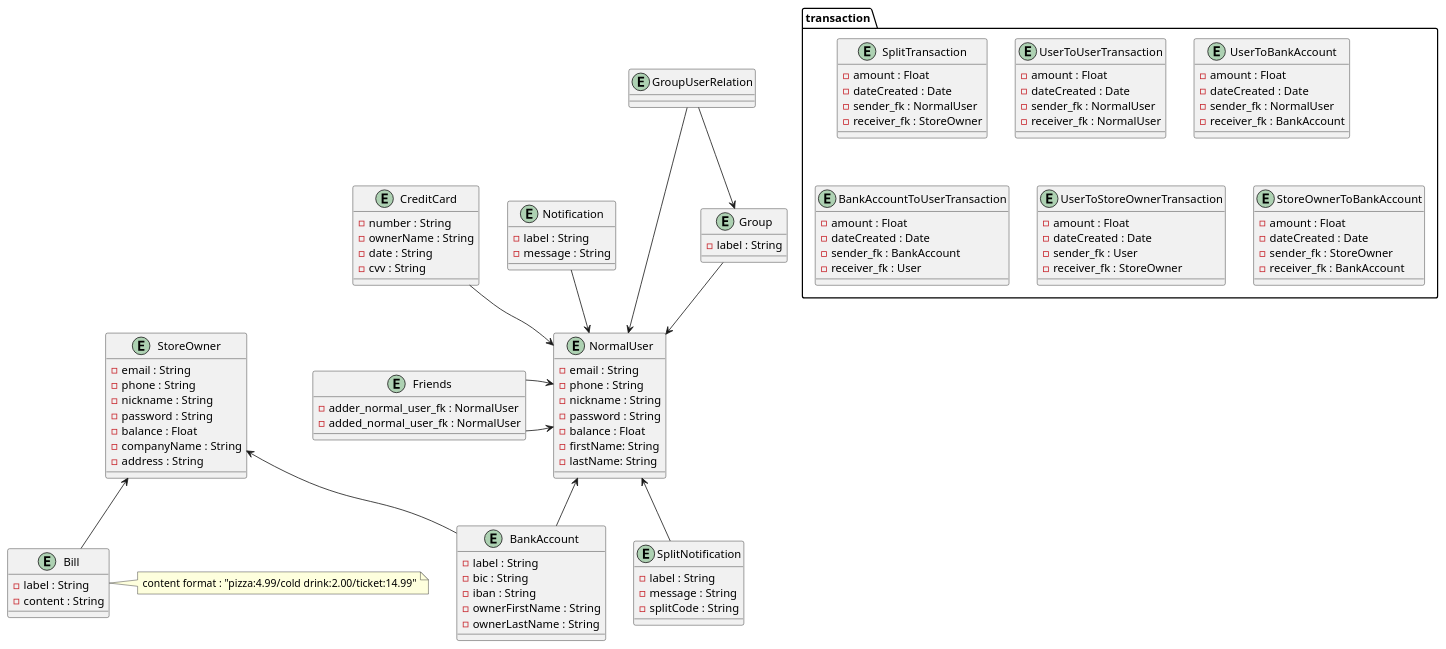
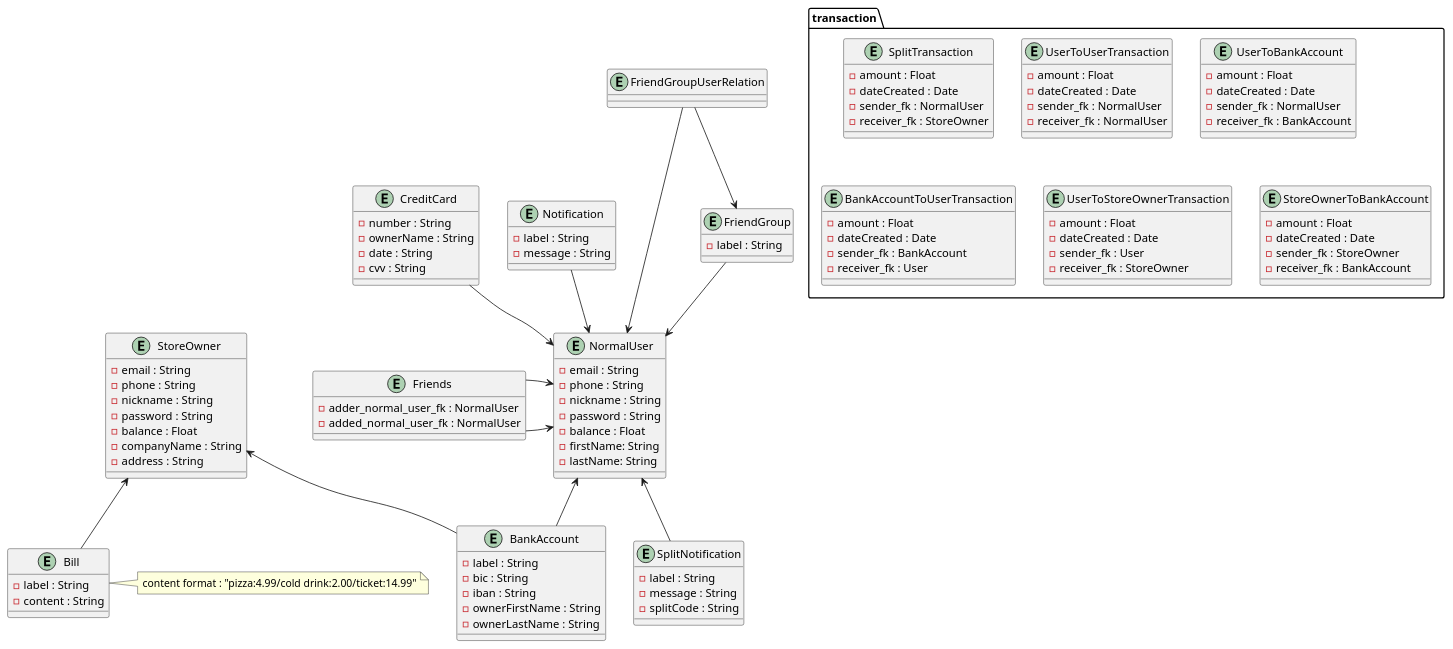
One commit to Julien-Wiegandt/SplitPay changed the diagram in documentation/database/mysql/mysql_db_class_diagram.puml. Above: the diagram before and after it, drawn with PlantUML. The commit also changed 1 other file, not shown here.

Commit message:
Changed Group table name because is a reserved keyword in MySQL

```diff
--- a/documentation/database/mysql/mysql_db_class_diagram.puml
+++ b/documentation/database/mysql/mysql_db_class_diagram.puml
@@ -1,135 +1,135 @@
 @startuml domain_analysis
 
 entity BankAccount {
   - label : String
   - bic : String
   - iban : String
   - ownerFirstName : String
   - ownerLastName : String
 }
 
 entity Bill {
   - label : String
   - content : String
 }
 
 note right of Bill
 content format : "pizza:4.99/cold drink:2.00/ticket:14.99"
 endnote
 
 
 entity Notification {
   - label : String
   - message : String
 }
 
 entity SplitNotification {
     - label : String
     - message : String
     - splitCode : String
 }
 
-entity Group {
+entity FriendGroup {
   - label : String
 }
 
 entity CreditCard {
   - number : String
   - ownerName : String
   - date : String
   - cvv : String
 }
 
 entity NormalUser {
     - email : String
     - phone : String
     - nickname : String
     - password : String
     - balance : Float
     - firstName: String
     - lastName: String
 }
 
 entity StoreOwner {
     - email : String
     - phone : String
     - nickname : String
     - password : String
     - balance : Float
     - companyName : String
     - address : String
 }
 
 package transaction <<Folder>> {
 
     entity SplitTransaction{
         - amount : Float
         - dateCreated : Date
         - sender_fk : NormalUser
         - receiver_fk : StoreOwner
     }
 
     entity UserToUserTransaction {
         - amount : Float
         - dateCreated : Date
         - sender_fk : NormalUser
         - receiver_fk : NormalUser
         }
 
 
     entity UserToBankAccount {
         - amount : Float
         - dateCreated : Date
         - sender_fk : NormalUser
         - receiver_fk : BankAccount
     }
 
     entity BankAccountToUserTransaction{
         - amount : Float
         - dateCreated : Date
         - sender_fk : BankAccount
         - receiver_fk : User
     }
 
     entity UserToStoreOwnerTransaction {
         - amount : Float
         - dateCreated : Date
         - sender_fk : User
         - receiver_fk : StoreOwner
     }
 
     entity StoreOwnerToBankAccount {
         - amount : Float
         - dateCreated : Date
         - sender_fk : StoreOwner
         - receiver_fk : BankAccount
     }
 }
 
-entity GroupUserRelation{
+entity FriendGroupUserRelation{
 
 }
 
 entity Friends {
     - adder_normal_user_fk : NormalUser
     - added_normal_user_fk : NormalUser
 }
 
-GroupUserRelation --> Group
-GroupUserRelation --> NormalUser
+FriendGroupUserRelation --> FriendGroup
+FriendGroupUserRelation --> NormalUser
 
 NormalUser <-- BankAccount
 StoreOwner <-- BankAccount
 
 NormalUser <-up- Notification
 NormalUser <--  SplitNotification
 NormalUser <-up- CreditCard
 
 Friends -> NormalUser
 Friends -> NormalUser
 
 
-Group -->  NormalUser
+FriendGroup -->  NormalUser
 StoreOwner  <-- Bill
 
 @enduml
```
